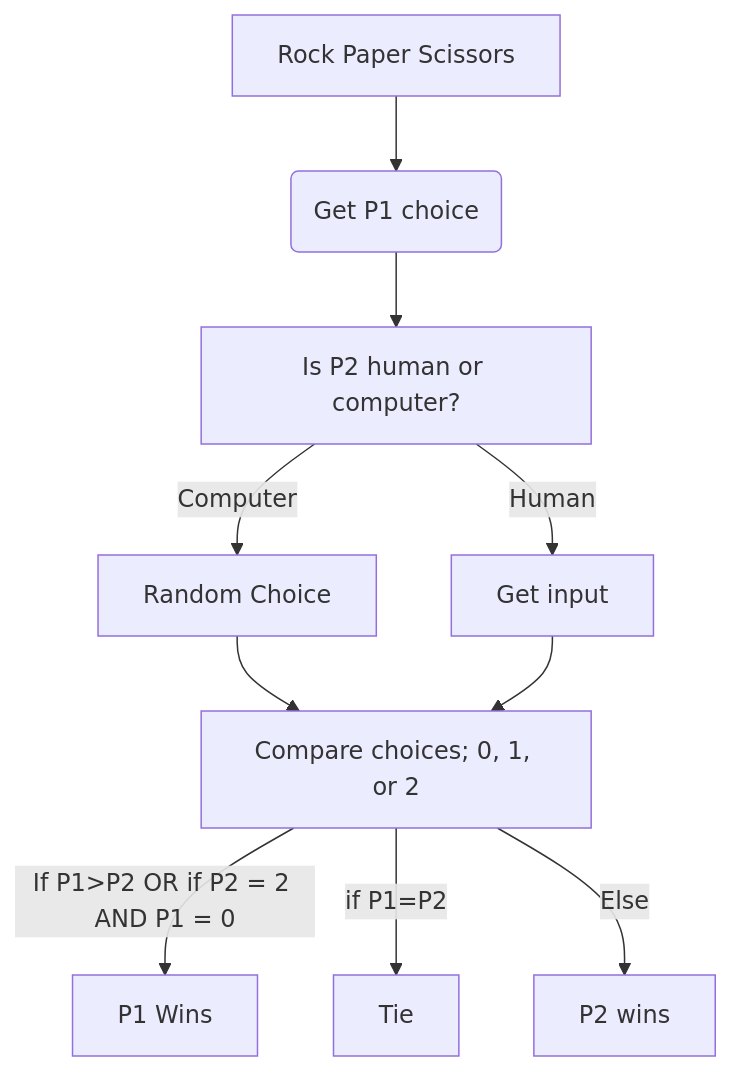
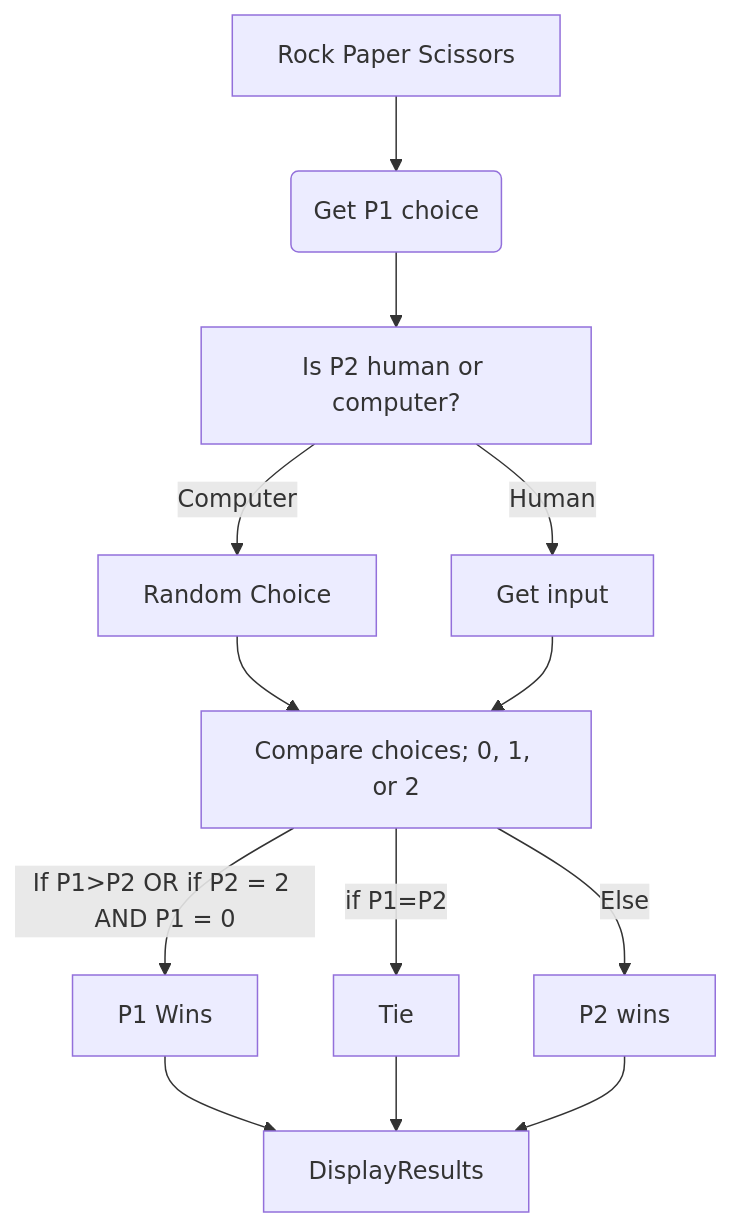
Before and after one commit to ItsaLuigiTime/Itsaluigitime.github.io: the diagram in CSC120FinalV2.md, drawn with Mermaid.

````diff
--- a/CSC120FinalV2.md
+++ b/CSC120FinalV2.md
@@ -1,15 +1,18 @@
 ```mermaid
 
 flowchart TD
     A[Rock Paper Scissors] --> B(Get P1 choice)
     B --> C[Is P2 human or computer?]
     C--Human -->D[Get input] 
     C--Computer-->E[Random Choice]
     E-->F[Compare choices; 0, 1, or 2]
     D-->F[Compare choices; 0, 1, or 2]
     
     F -- If P1>P2 OR if P2 = 2 AND P1 = 0 -->G[P1 Wins]
     F -- if P1=P2 -->H[Tie]
     F -- Else -->I[P2 wins]
+    G --> J[DisplayResults]
+    H --> J
+    I --> J
 
 ```
````
